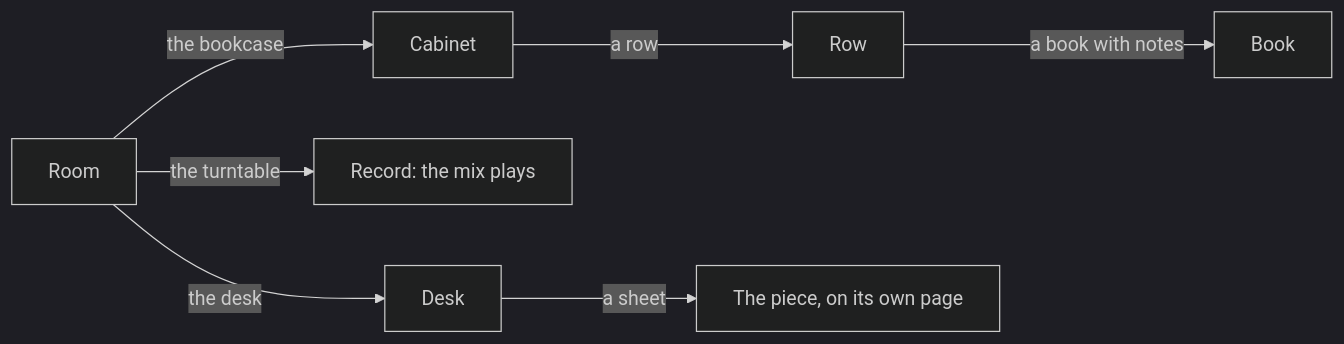
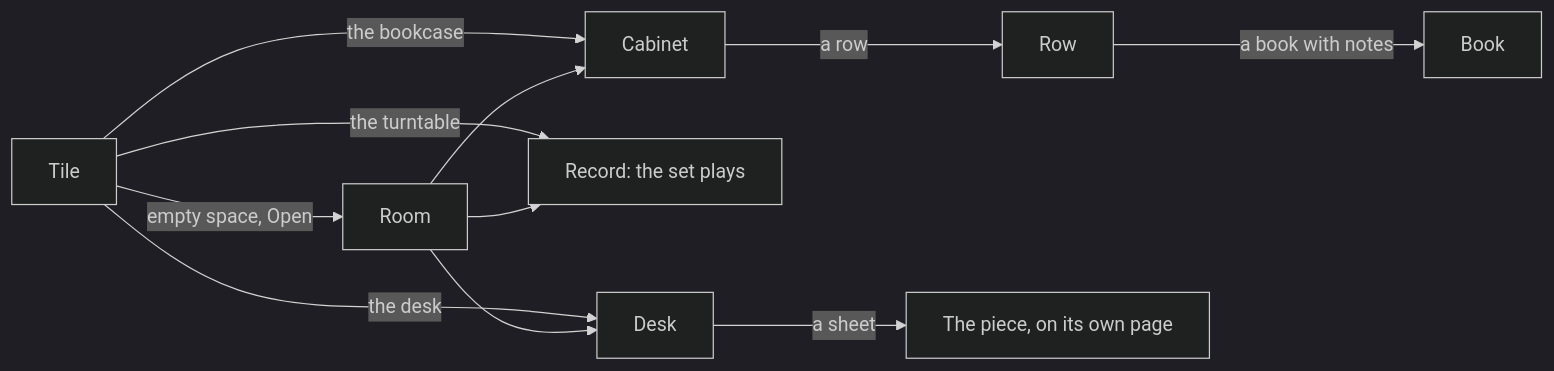
One commit to enitrat/blog changed the diagram in docs/room-direction.md. Above: the diagram before and after it, drawn with Mermaid (dark theme). The commit also changed other lines of this file and 297 other files, not shown here.

````diff
--- a/docs/room-direction.md
+++ b/docs/room-direction.md
@@ -37,9 +51,11 @@
 ```mermaid
 flowchart LR
-  Room -->|the bookcase| Cabinet
+  Tile -->|the bookcase| Cabinet
+  Tile -->|the turntable| Record["Record: the set plays"]
+  Tile -->|the desk| Desk
+  Tile -->|empty space, Open| Room
+  Room --> Cabinet & Record & Desk
   Cabinet -->|a row| Row
   Row -->|a book with notes| Book
-  Room -->|the turntable| Record["Record: the mix plays"]
-  Room -->|the desk| Desk
   Desk -->|a sheet| Piece["The piece, on its own page"]
 ```
````
